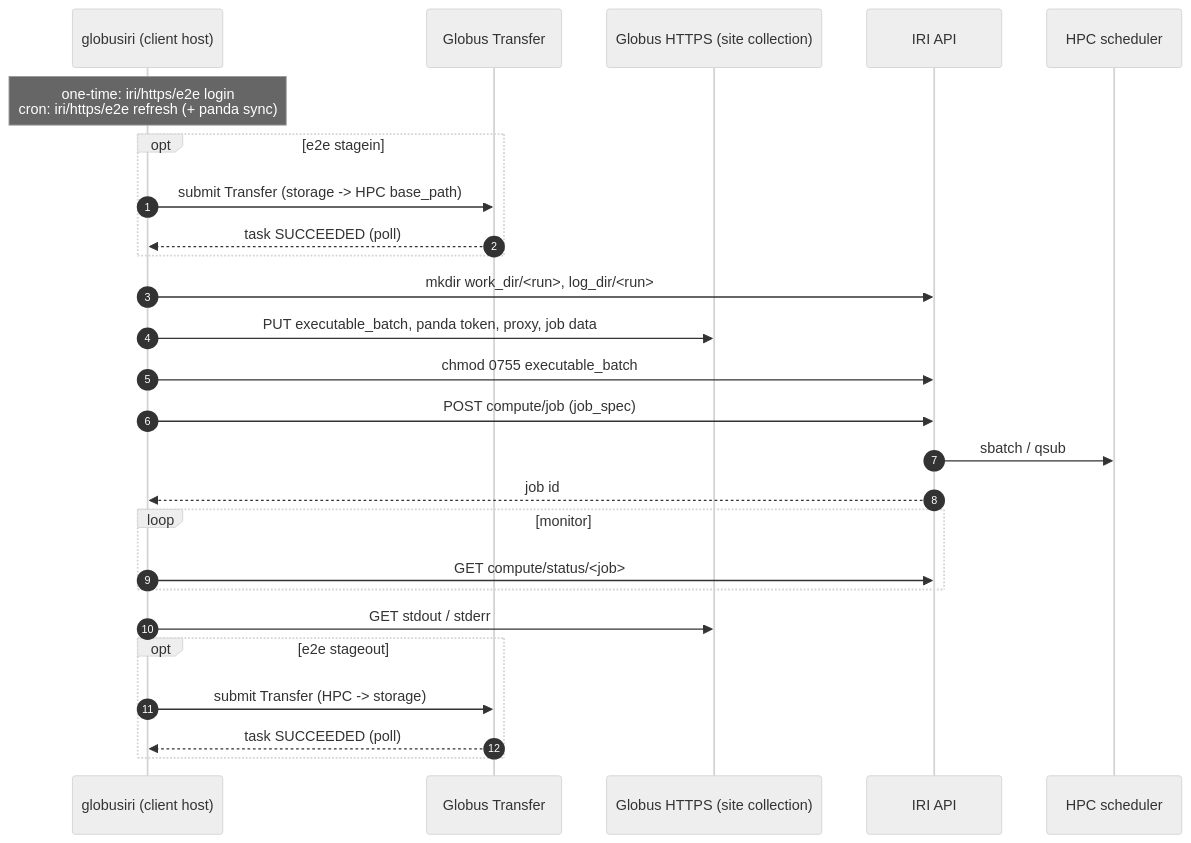
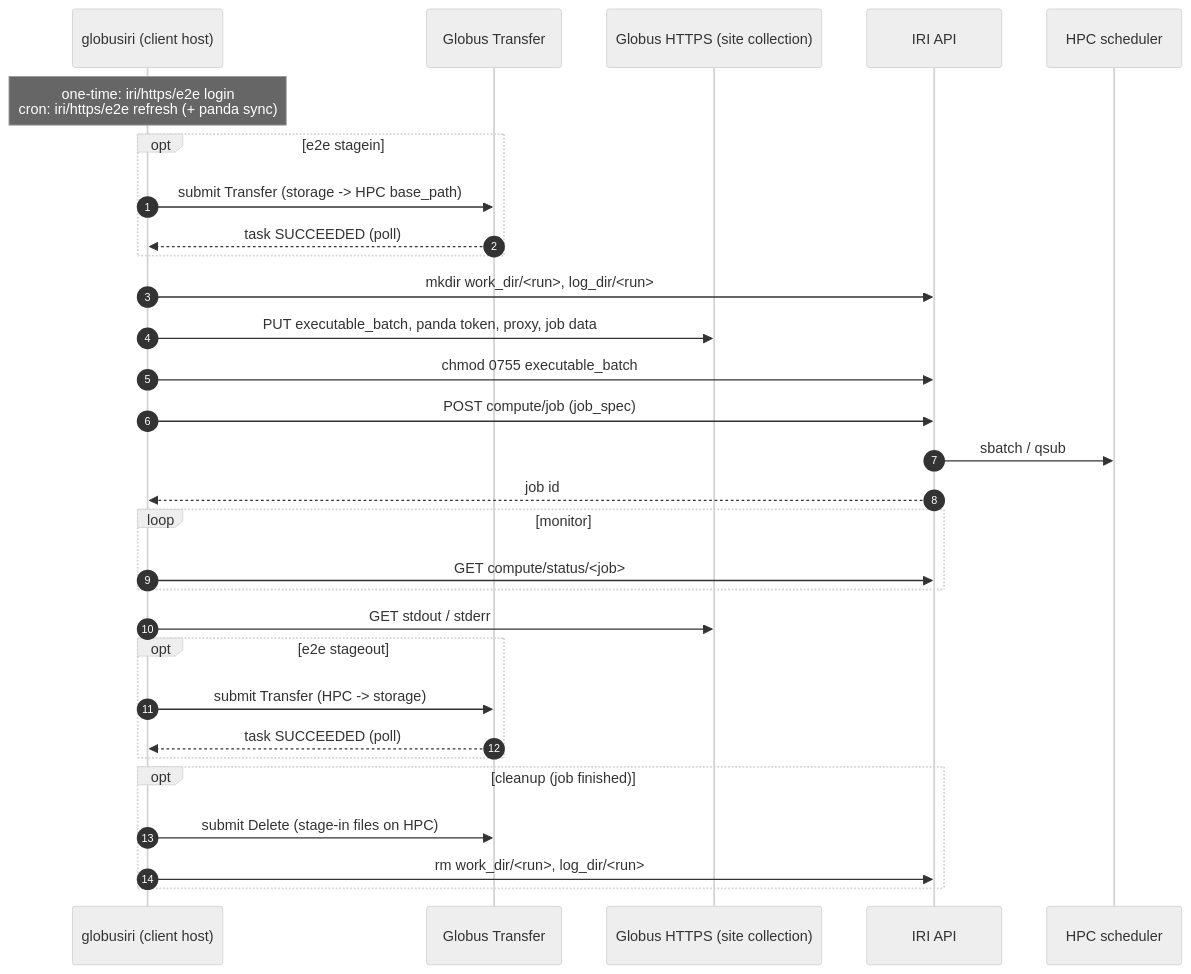
One commit to wguanicedew/GlobusIRI changed the second of 2 diagrams in docs/design.md. Above: the diagram before and after it, drawn with Mermaid (neutral theme). The commit also changed other lines of this file and 45 other files, not shown here.

````diff
--- a/docs/design.md
+++ b/docs/design.md
@@ -387,28 +394,32 @@
 ```mermaid
 sequenceDiagram
   autonumber
   participant C as globusiri (client host)
   participant G as Globus Transfer
   participant H as Globus HTTPS (site collection)
   participant I as IRI API
   participant S as HPC scheduler
   Note over C: one-time: iri/https/e2e login<br/>cron: iri/https/e2e refresh (+ panda sync)
   opt e2e stagein
     C->>G: submit Transfer (storage -> HPC base_path)
     G-->>C: task SUCCEEDED (poll)
   end
   C->>I: mkdir work_dir/<run>, log_dir/<run>
   C->>H: PUT executable_batch, panda token, proxy, job data
   C->>I: chmod 0755 executable_batch
   C->>I: POST compute/job (job_spec)
   I->>S: sbatch / qsub
   I-->>C: job id
   loop monitor
     C->>I: GET compute/status/<job>
   end
   C->>H: GET stdout / stderr
   opt e2e stageout
     C->>G: submit Transfer (HPC -> storage)
     G-->>C: task SUCCEEDED (poll)
   end
+  opt cleanup (job finished)
+    C->>G: submit Delete (stage-in files on HPC)
+    C->>I: rm work_dir/<run>, log_dir/<run>
+  end
 ```
````
